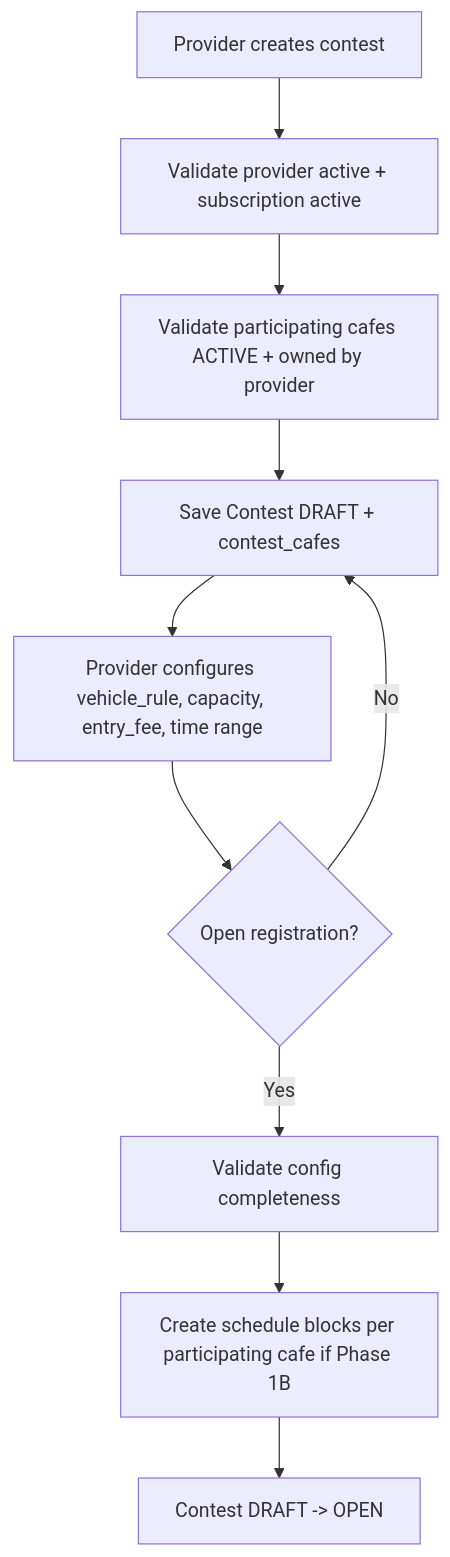
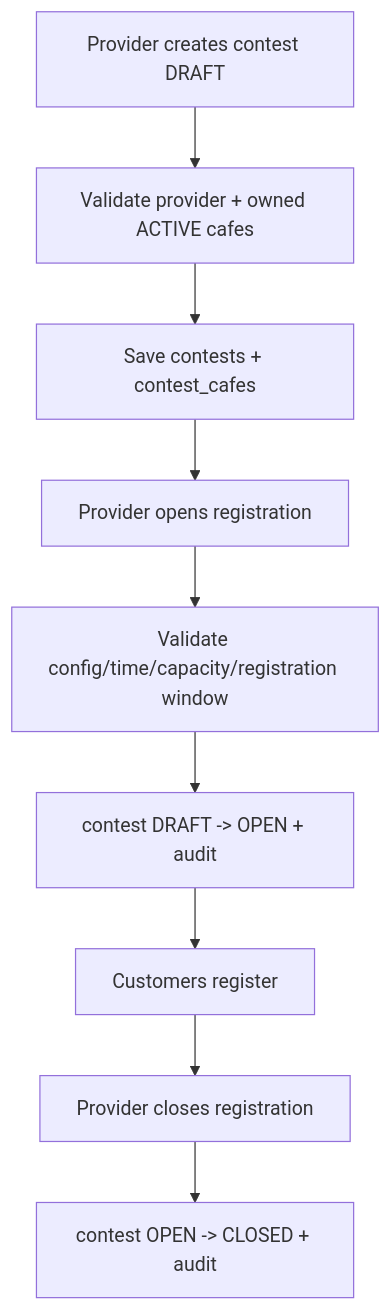
The third of 5 diagrams in docs/architecture/03-contest.md (RCField-SEP490/rcfield-spec), drawn with Mermaid before and after one commit. The commit also changed other lines of this file and 8 other files, not shown here.

````diff
--- a/docs/architecture/03-contest.md
+++ b/docs/architecture/03-contest.md
@@ -315,12 +200,11 @@
 ```mermaid
 flowchart TD
-    A[Provider creates contest] --> B[Validate provider active + subscription active]
-    B --> C[Validate participating cafes ACTIVE + owned by provider]
-    C --> D[Save Contest DRAFT + contest_cafes]
-    D --> E[Provider configures vehicle_rule, capacity, entry_fee, time range]
-    E --> F{Open registration?}
-    F -->|No| D
-    F -->|Yes| G[Validate config completeness]
-    G --> H[Create schedule blocks per participating cafe if Phase 1B]
-    H --> I[Contest DRAFT -> OPEN]
+    A[Provider creates contest DRAFT] --> B[Validate provider + owned ACTIVE cafes]
+    B --> C[Save contests + contest_cafes]
+    C --> D[Provider opens registration]
+    D --> E[Validate config/time/capacity/registration window]
+    E --> F[contest DRAFT -> OPEN + audit]
+    F --> G[Customers register]
+    G --> H[Provider closes registration]
+    H --> I[contest OPEN -> CLOSED + audit]
 ```
````
